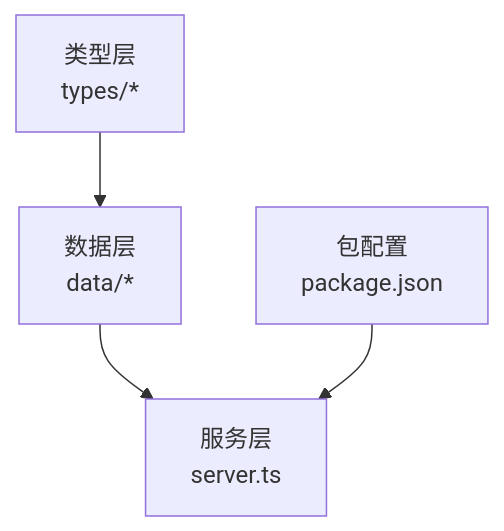
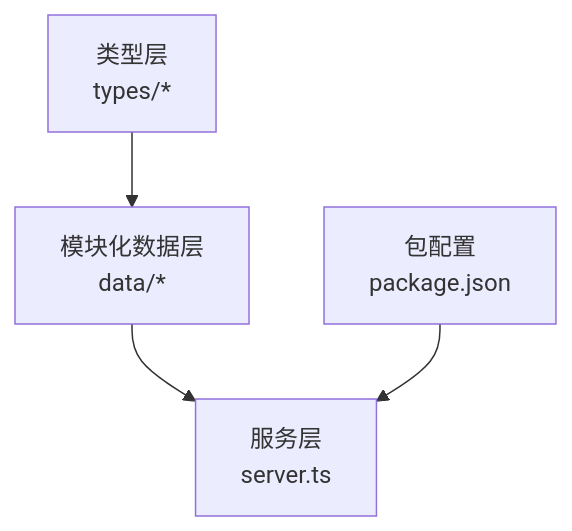
The second of 4 diagrams in .qoder/repowiki/zh/content/数据管理/数据架构设计.md (Hu-Right/supply-os), drawn with Mermaid before and after one commit. The commit also changed other lines of this file and 33 other files, not shown here.

````diff
--- a/.qoder/repowiki/zh/content/数据管理/数据架构设计.md
+++ b/.qoder/repowiki/zh/content/数据管理/数据架构设计.md
@@ -155,6 +164,6 @@
 ```mermaid
 graph TB
-Types["类型层<br/>types/*"] --> Data["数据层<br/>data/*"]
+Types["类型层<br/>types/*"] --> Data["模块化数据层<br/>data/*"]
 Data --> Service["服务层<br/>server.ts"]
 Pkg["包配置<br/>package.json"] --> Service
 ```
````
